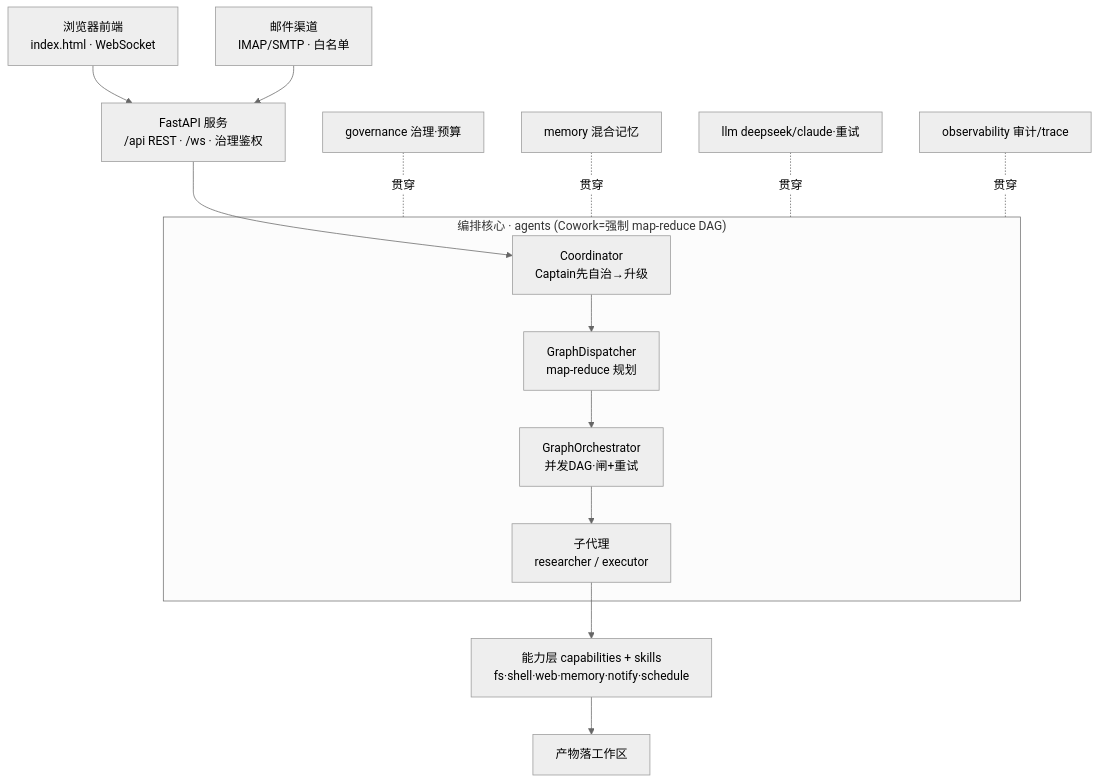
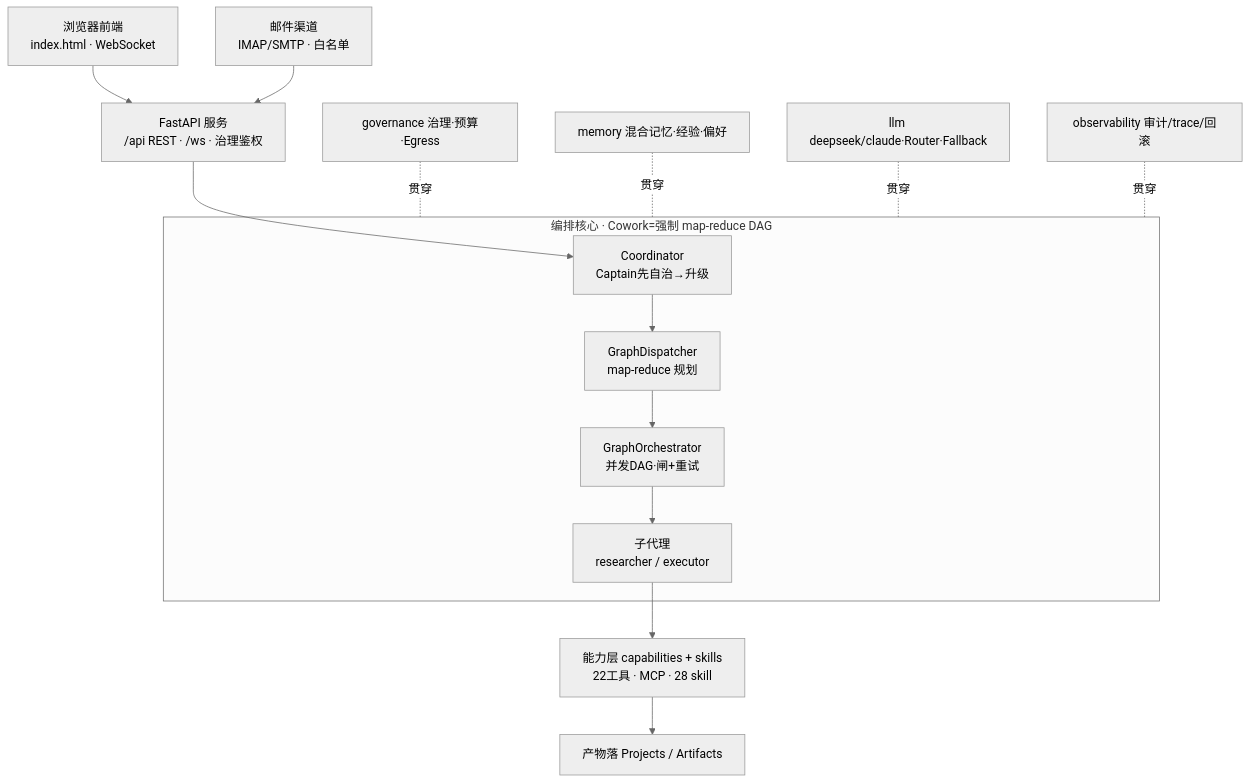
One commit to john-lcj/my-agent changed the diagram in ARCHITECTURE.md. Above: the diagram before and after it, drawn with Mermaid (neutral theme). The commit also changed other lines of this file and 2 other files, not shown here.

Commit message:
docs: 刷新项目简介和架构信息（~29,000行/75 commit/28 skill/55测试/渠道精简）

````diff
--- a/ARCHITECTURE.md
+++ b/ARCHITECTURE.md
@@ -59,17 +62,17 @@
 ```mermaid
 flowchart TD
     FE["浏览器前端<br/>index.html · WebSocket"] --> SV
     ML["邮件渠道<br/>IMAP/SMTP · 白名单"] --> SV
     SV["FastAPI 服务<br/>/api REST · /ws · 治理鉴权"] --> CO
-    subgraph CORE["编排核心 · agents (Cowork=强制 map-reduce DAG)"]
+    subgraph CORE["编排核心 · Cowork=强制 map-reduce DAG"]
         CO["Coordinator<br/>Captain先自治→升级"] --> GD["GraphDispatcher<br/>map-reduce 规划"]
         GD --> GO["GraphOrchestrator<br/>并发DAG·闸+重试"]
         GO --> SUB["子代理<br/>researcher / executor"]
     end
-    SUB --> CAP["能力层 capabilities + skills<br/>fs·shell·web·memory·notify·schedule"]
-    CAP --> OUT["产物落工作区"]
-    GOV["governance 治理·预算"] -.贯穿.- CORE
-    MEM["memory 混合记忆"] -.贯穿.- CORE
-    LLM["llm deepseek/claude·重试"] -.贯穿.- CORE
-    OBS["observability 审计/trace"] -.贯穿.- CORE
+    SUB --> CAP["能力层 capabilities + skills<br/>22工具 · MCP · 28 skill"]
+    CAP --> OUT["产物落 Projects / Artifacts"]
+    GOV["governance 治理·预算·Egress"] -.贯穿.- CORE
+    MEM["memory 混合记忆·经验·偏好"] -.贯穿.- CORE
+    LLM["llm deepseek/claude·Router·Fallback"] -.贯穿.- CORE
+    OBS["observability 审计/trace/回滚"] -.贯穿.- CORE
 ```
````
